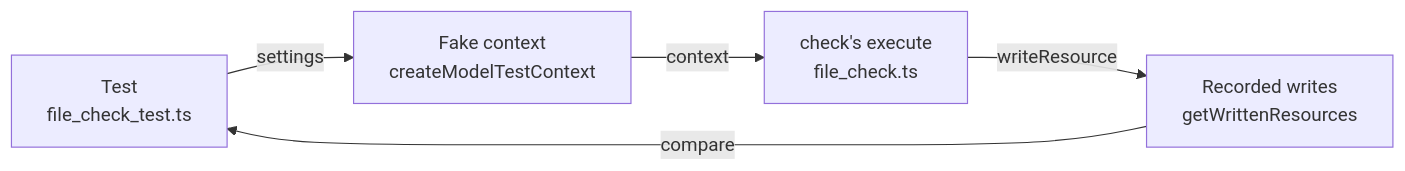
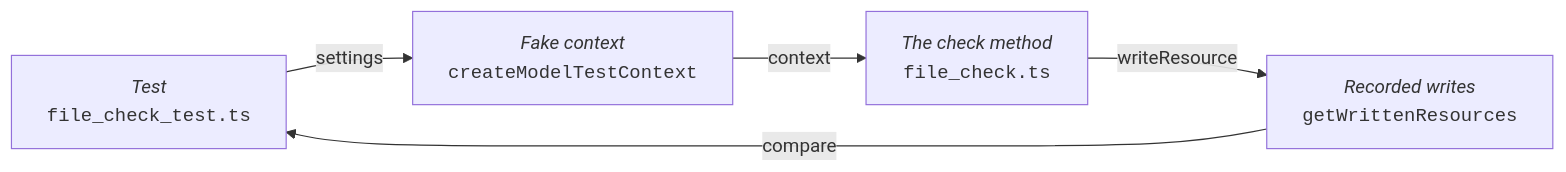
The third of 4 diagrams in slides.md (taylorific/swamp-training), drawn with Mermaid before and after one commit. The commit also changed other lines of this file, not shown here.

````diff
--- a/slides.md
+++ b/slides.md
@@ -1386,12 +1412,12 @@
 ```mermaid {scale: 0.75}
 flowchart LR
-    T["Test<br/>file_check_test.ts"]
-    F["Fake context<br/>createModelTestContext"]
-    E["check's execute<br/>file_check.ts"]
-    R["Recorded writes<br/>getWrittenResources"]
+    T["<i>Test</i><br/><code>file_check_test.ts</code>"]
+    F["<i>Fake context</i><br/><code>createModelTestContext</code>"]
+    E["<i>The check method</i><br/><code>file_check.ts</code>"]
+    R["<i>Recorded writes</i><br/><code>getWrittenResources</code>"]
 
     T -->|"settings"| F
     F -->|"context"| E
     E -->|"writeResource"| R
     R -->|"compare"| T
 ```
````
